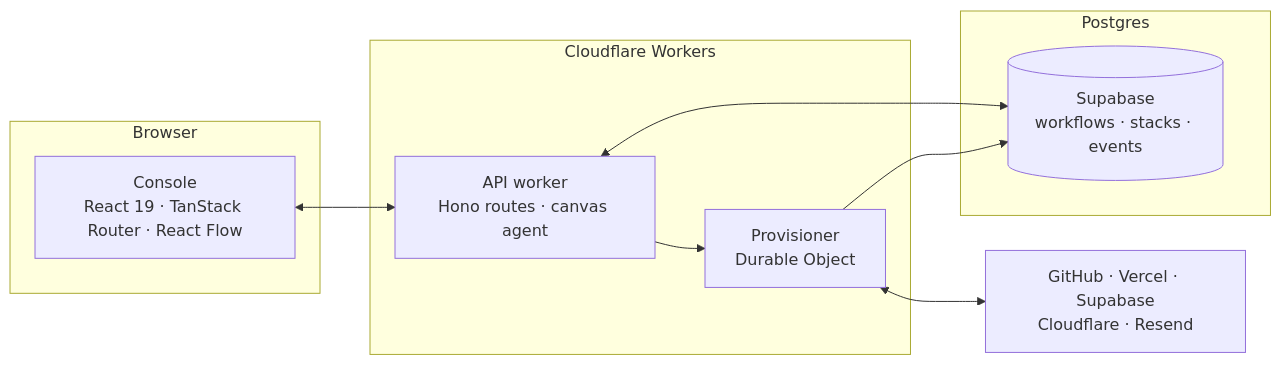
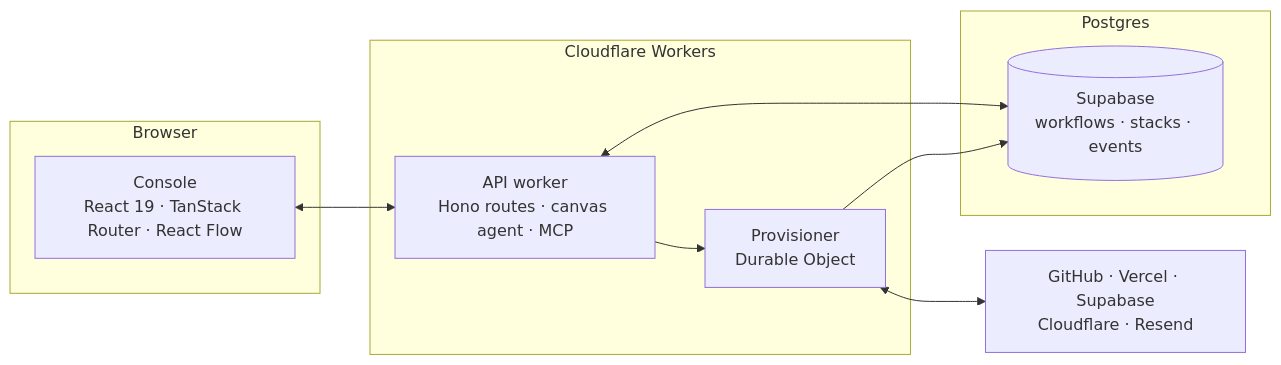
One commit to leenarhq/leenar changed the second of 2 diagrams in README.md. Above: the diagram before and after it, drawn with Mermaid. The commit also changed other lines of this file and 7 other files, not shown here.

First line of the commit message:
feat(open-core): serve MCP from the core edition, canvas tools only

````diff
--- a/README.md
+++ b/README.md
@@ -110,20 +114,20 @@
 ```mermaid
 flowchart LR
   subgraph browser["Browser"]
     W["Console<br/>React 19 · TanStack Router · React Flow"]
   end
   subgraph edge["Cloudflare Workers"]
-    A["API worker<br/>Hono routes · canvas agent"]
+    A["API worker<br/>Hono routes · canvas agent · MCP"]
     D["Provisioner<br/>Durable Object"]
   end
   subgraph data["Postgres"]
     S[("Supabase<br/>workflows · stacks · events")]
   end
   P["GitHub · Vercel · Supabase<br/>Cloudflare · Resend"]
 
   W <--> A
   A <--> S
   A --> D
   D <--> P
   D --> S
 ```
````
